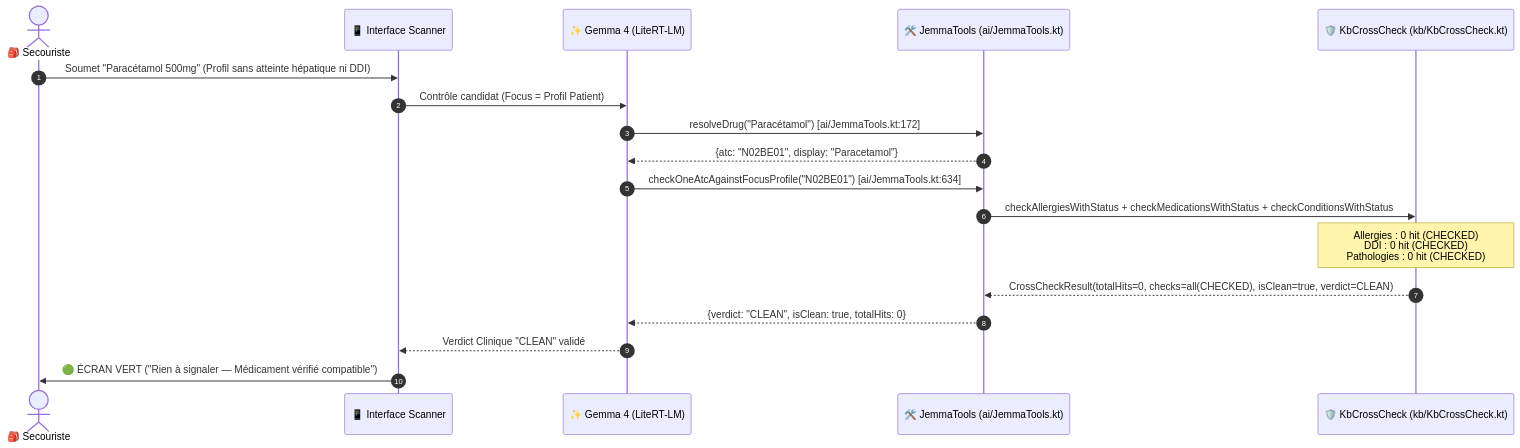
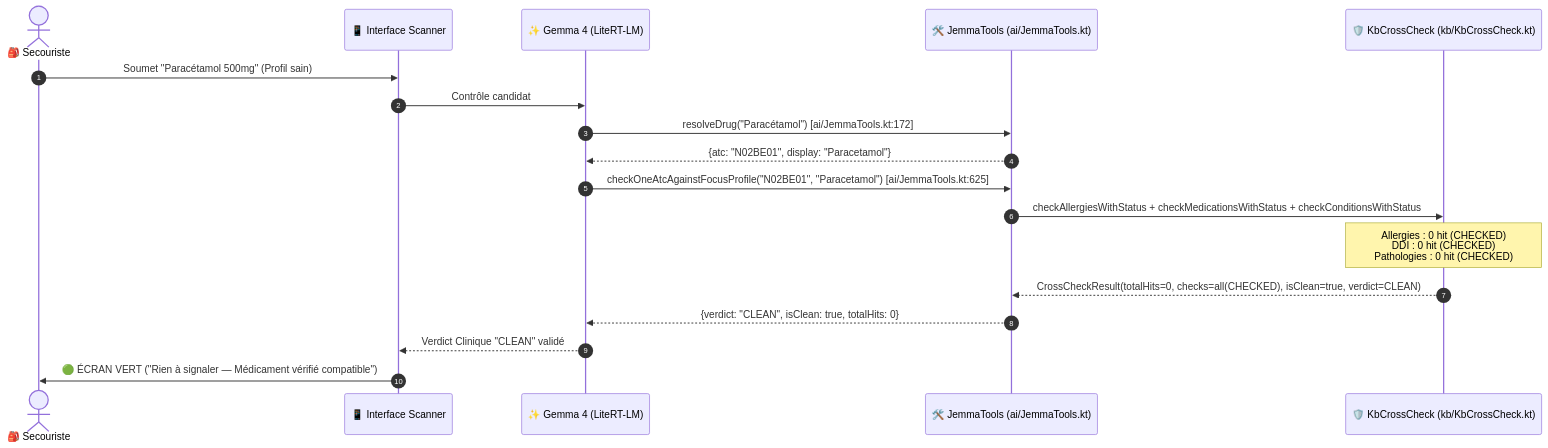
Diagram 14 of 21 in docs/DOCUMENTATION_UML_FONCTIONNELLE.md (kurodohenroonsen/JemmaPass), drawn with Mermaid before and after one commit. The commit also changed other lines of this file and 1 other file, not shown here.

````diff
--- a/docs/DOCUMENTATION_UML_FONCTIONNELLE.md
+++ b/docs/DOCUMENTATION_UML_FONCTIONNELLE.md
@@ -680,21 +682,21 @@
 ```mermaid
 sequenceDiagram
     autonumber
     actor Secouriste as 🎒 Secouriste
     participant UI as 📱 Interface Scanner
     participant Gemma as ✨ Gemma 4 (LiteRT-LM)
     participant Tools as 🛠️ JemmaTools (ai/JemmaTools.kt)
     participant Cross as 🛡️ KbCrossCheck (kb/KbCrossCheck.kt)
 
-    Secouriste->>UI: Soumet "Paracétamol 500mg" (Profil sans atteinte hépatique ni DDI)
-    UI->>Gemma: Contrôle candidat (Focus = Profil Patient)
+    Secouriste->>UI: Soumet "Paracétamol 500mg" (Profil sain)
+    UI->>Gemma: Contrôle candidat
     Gemma->>Tools: resolveDrug("Paracétamol") [ai/JemmaTools.kt:172]
     Tools-->>Gemma: {atc: "N02BE01", display: "Paracetamol"}
-    Gemma->>Tools: checkOneAtcAgainstFocusProfile("N02BE01") [ai/JemmaTools.kt:634]
+    Gemma->>Tools: checkOneAtcAgainstFocusProfile("N02BE01", "Paracetamol") [ai/JemmaTools.kt:625]
     Tools->>Cross: checkAllergiesWithStatus + checkMedicationsWithStatus + checkConditionsWithStatus
     Note over Cross: Allergies : 0 hit (CHECKED)<br/>DDI : 0 hit (CHECKED)<br/>Pathologies : 0 hit (CHECKED)
     Cross-->>Tools: CrossCheckResult(totalHits=0, checks=all(CHECKED), isClean=true, verdict=CLEAN)
     Tools-->>Gemma: {verdict: "CLEAN", isClean: true, totalHits: 0}
     Gemma-->>UI: Verdict Clinique "CLEAN" validé
     UI->>Secouriste: 🟢 ÉCRAN VERT ("Rien à signaler — Médicament vérifié compatible")
 ```
````
